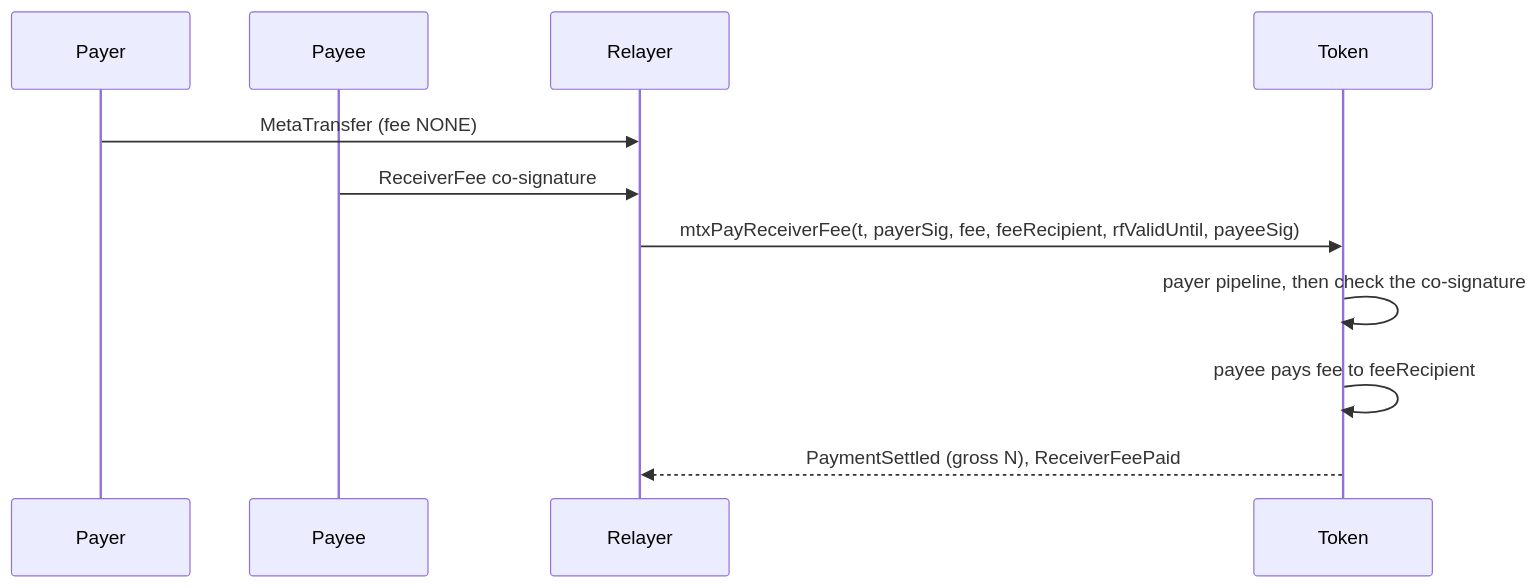
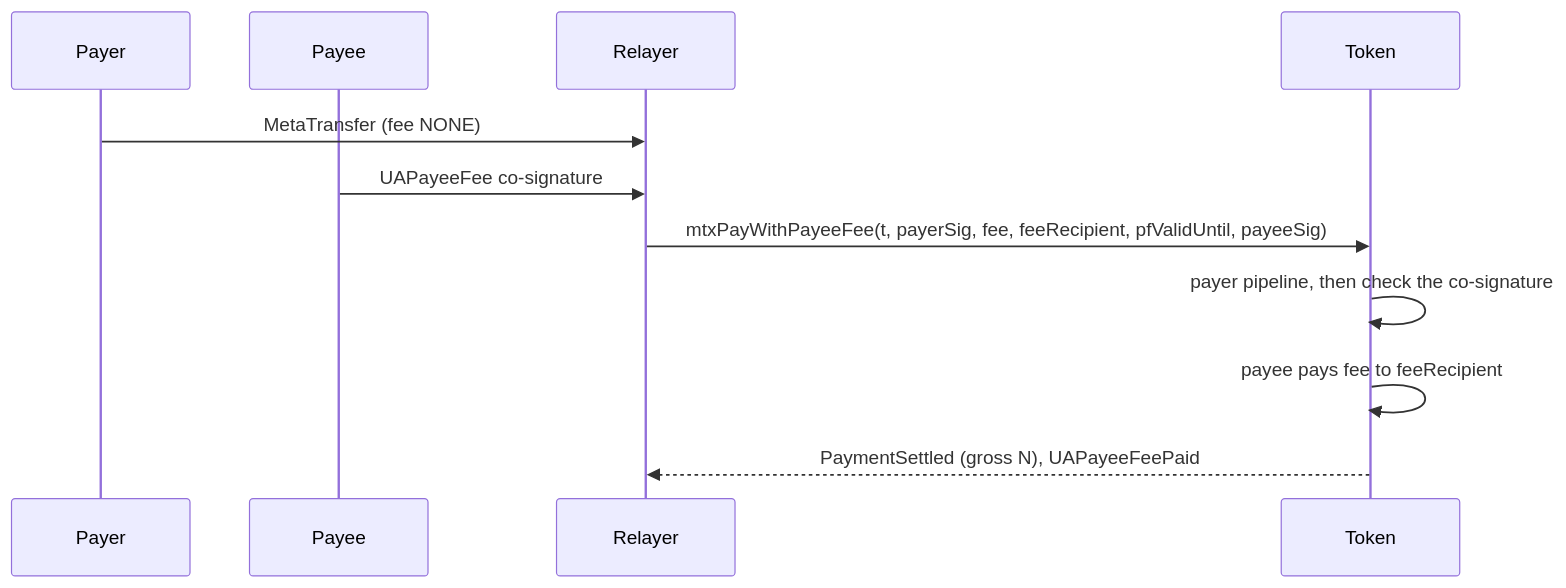
One commit to dinhduongha/scaas changed the second of 4 diagrams in docs/contracts/settlement.md. Above: the diagram before and after it, drawn with Mermaid. The commit also changed other lines of this file and 129 other files, not shown here.

````diff
--- a/docs/contracts/settlement.md
+++ b/docs/contracts/settlement.md
@@ -111,13 +111,13 @@
 ```mermaid
 sequenceDiagram
     participant P as Payer
     participant Y as Payee
     participant R as Relayer
     participant T as Token
     P->>R: MetaTransfer (fee NONE)
-    Y->>R: ReceiverFee co-signature
-    R->>T: mtxPayReceiverFee(t, payerSig, fee, feeRecipient, rfValidUntil, payeeSig)
+    Y->>R: UAPayeeFee co-signature
+    R->>T: mtxPayWithPayeeFee(t, payerSig, fee, feeRecipient, pfValidUntil, payeeSig)
     T->>T: payer pipeline, then check the co-signature
     T->>T: payee pays fee to feeRecipient
-    T-->>R: PaymentSettled (gross N), ReceiverFeePaid
+    T-->>R: PaymentSettled (gross N), UAPayeeFeePaid
 ```
````
